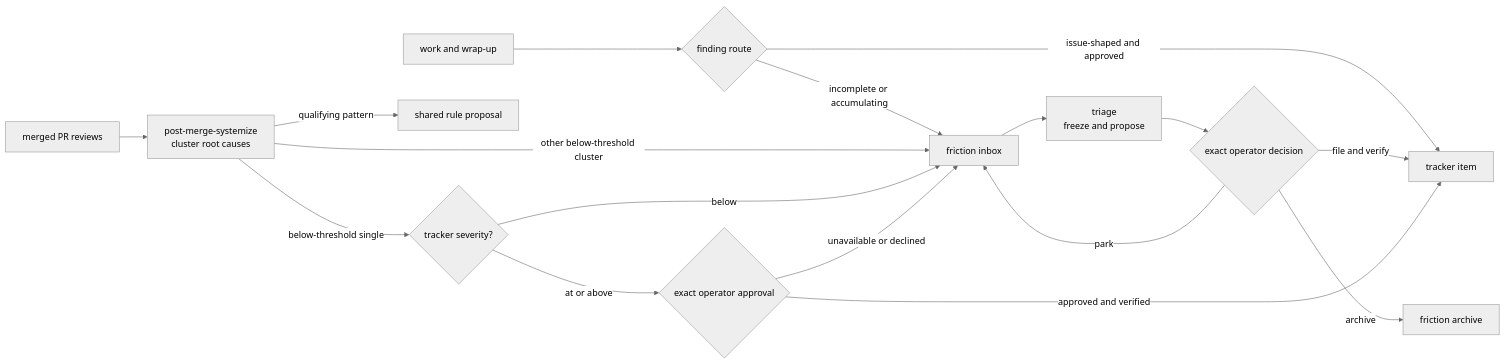
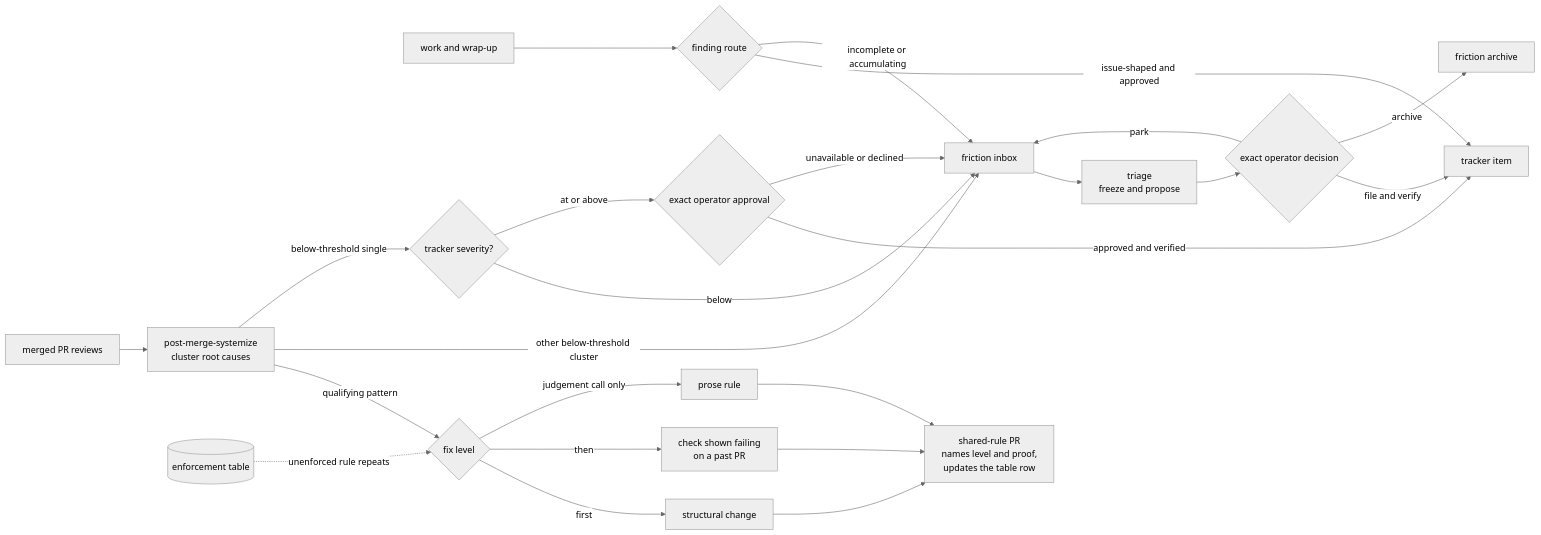
The sixth of 6 diagrams in docs/architecture.md (topij/agentic-dev-kit), drawn with Mermaid (neutral theme) before and after one commit. The commit also changed other lines of this file and 3 other files, not shown here.

First line of the commit message:
Document the systemize fix ladder, enforcement table and agent-writing guide (#1233)

````diff
--- a/docs/architecture.md
+++ b/docs/architecture.md
@@ -232,19 +232,26 @@
 ```mermaid
 flowchart LR
     Session["work and wrap-up"] --> Finding{"finding route"}
     Finding -->|issue-shaped and approved| Tracker["tracker item"]
     Finding -->|incomplete or accumulating| Inbox["friction inbox"]
     Inbox --> Triage["triage<br/>freeze and propose"]
     Triage --> Decision{"exact operator decision"}
     Decision -->|file and verify| Tracker
     Decision -->|archive| Archive["friction archive"]
     Decision -->|park| Inbox
     Merged["merged PR reviews"] --> Systemize["post-merge-systemize<br/>cluster root causes"]
-    Systemize -->|qualifying pattern| Rule["shared rule proposal"]
+    Systemize -->|qualifying pattern| Ladder{"fix level"}
+    Ladder -->|first| Structure["structural change"]
+    Ladder -->|then| Check["check shown failing<br/>on a past PR"]
+    Ladder -->|judgement call only| Rule["prose rule"]
+    Table[("enforcement table")] -.->|unenforced rule repeats| Ladder
+    Structure --> Proposal["shared-rule PR<br/>names level and proof,<br/>updates the table row"]
+    Check --> Proposal
+    Rule --> Proposal
     Systemize -->|other below-threshold cluster| Inbox
     Systemize -->|below-threshold single| Severity{"tracker severity?"}
     Severity -->|below| Inbox
     Severity -->|at or above| Approval{"exact operator approval"}
     Approval -->|approved and verified| Tracker
     Approval -->|unavailable or declined| Inbox
 ```
````
